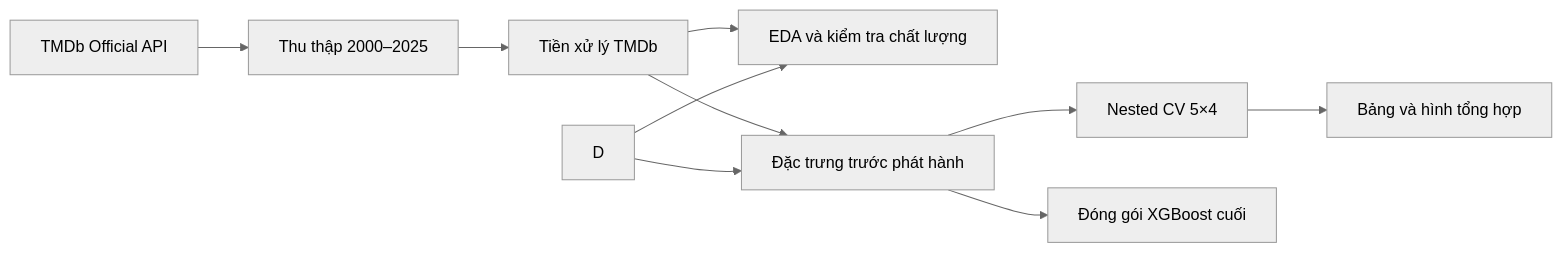
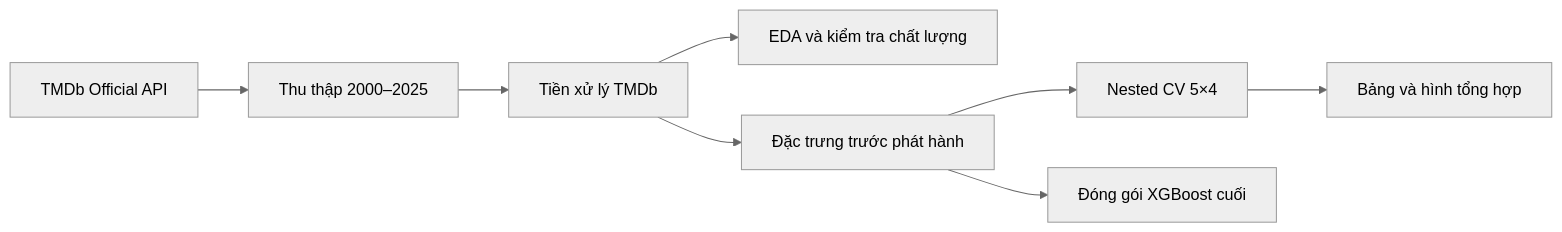
One commit to AlizCuli/movie-success-analysis changed the diagram in README.md. Above: the diagram before and after it, drawn with Mermaid (neutral theme).

````diff
--- a/README.md
+++ b/README.md
@@ -85,12 +85,10 @@
 ```mermaid
 flowchart LR
     A["TMDb Official API"] --> B["Thu thập 2000–2025"]
     B --> C["Tiền xử lý TMDb"]
     C --> E["EDA và kiểm tra chất lượng"]
-    D --> E
     C --> F["Đặc trưng trước phát hành"]
-    D --> F
     F --> G["Nested CV 5×4"]
     G --> H["Bảng và hình tổng hợp"]
     F --> I["Đóng gói XGBoost cuối"]
 ```
````
